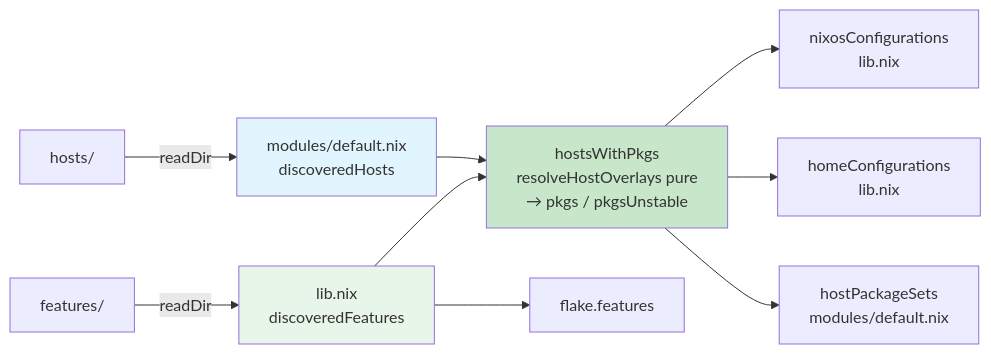
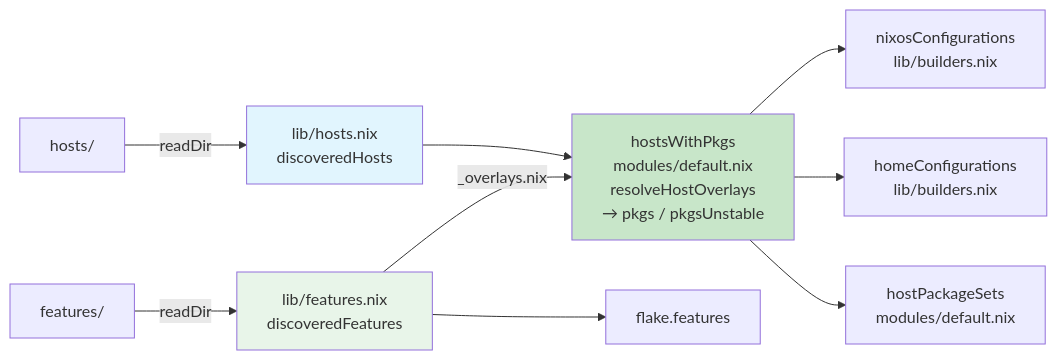
The seventh of 7 diagrams in DESIGN.md (WombatFromHell/automatic-palm-tree), drawn with Mermaid before and after one commit. The commit also changed other lines of this file and 1 other file, not shown here.

````diff
--- a/DESIGN.md
+++ b/DESIGN.md
@@ -201,15 +216,15 @@
 ```mermaid
 graph LR
-    hosts["hosts/"] -- readDir --> disc["modules/default.nix\ndiscoveredHosts"]
-    features["features/"] -- readDir --> featMap["lib.nix\ndiscoveredFeatures"]
-    disc --> hostsWithPkgs["hostsWithPkgs\nresolveHostOverlays pure\n→ pkgs / pkgsUnstable"]
-    featMap --> hostsWithPkgs
-    hostsWithPkgs --> nixosOut["nixosConfigurations\nlib.nix"]
-    hostsWithPkgs --> hmOut["homeConfigurations\nlib.nix"]
+    hosts["hosts/"] -- readDir --> disc["lib/hosts.nix\ndiscoveredHosts"]
+    features["features/"] -- readDir --> featMap["lib/features.nix\ndiscoveredFeatures"]
+    featMap -- "_overlays.nix" --> hostsWithPkgs["hostsWithPkgs\nmodules/default.nix\nresolveHostOverlays\n→ pkgs / pkgsUnstable"]
+    disc --> hostsWithPkgs
+    hostsWithPkgs --> nixosOut["nixosConfigurations\nlib/builders.nix"]
+    hostsWithPkgs --> hmOut["homeConfigurations\nlib/builders.nix"]
     hostsWithPkgs --> pkgSets["hostPackageSets\nmodules/default.nix"]
     featMap --> flakeFeat["flake.features"]
 
     style disc fill:#e1f5fe
     style featMap fill:#e8f5e9
     style hostsWithPkgs fill:#c8e6c9
 ```
````
